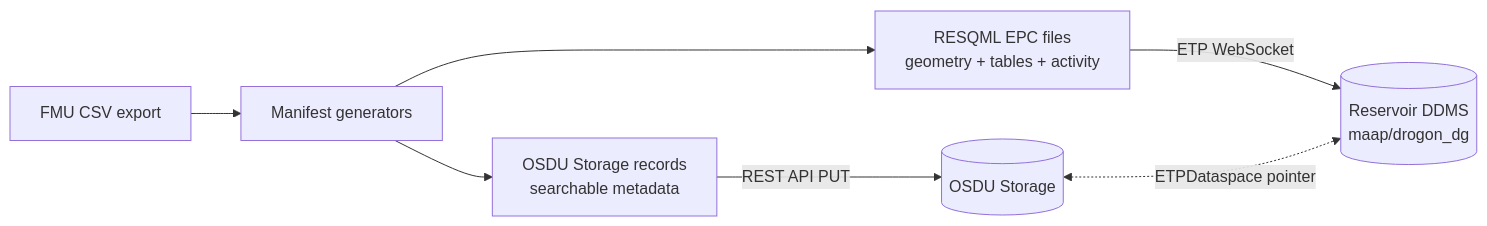
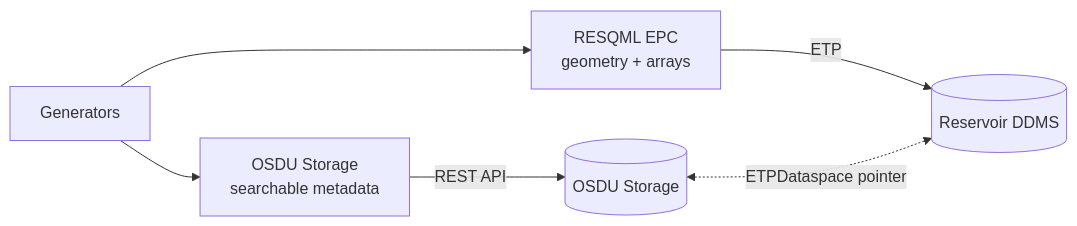
The second of 2 diagrams in md/BdDemo.md (marcusapel/ores), drawn with Mermaid before and after one commit. The commit also changed other lines of this file and 7 other files, not shown here.

````diff
--- a/md/BdDemo.md
+++ b/md/BdDemo.md
@@ -435,9 +169,8 @@
 ```mermaid
 flowchart LR
-    CSV[FMU CSV export] --> GEN[Manifest generators]
-    GEN --> REC[OSDU Storage records<br/>searchable metadata]
-    GEN --> EPC[RESQML EPC files<br/>geometry + tables + activity]
-    REC -->|REST API PUT| OSDU[(OSDU Storage)]
-    EPC -->|ETP WebSocket| RDDMS[(Reservoir DDMS<br/>maap/drogon_dg)]
+    GEN[Generators] --> REC[OSDU Storage<br/>searchable metadata]
+    GEN --> EPC[RESQML EPC<br/>geometry + arrays]
+    REC -->|REST API| OSDU[(OSDU Storage)]
+    EPC -->|ETP| RDDMS[(Reservoir DDMS)]
     OSDU <-.->|ETPDataspace pointer| RDDMS
 ```
````
